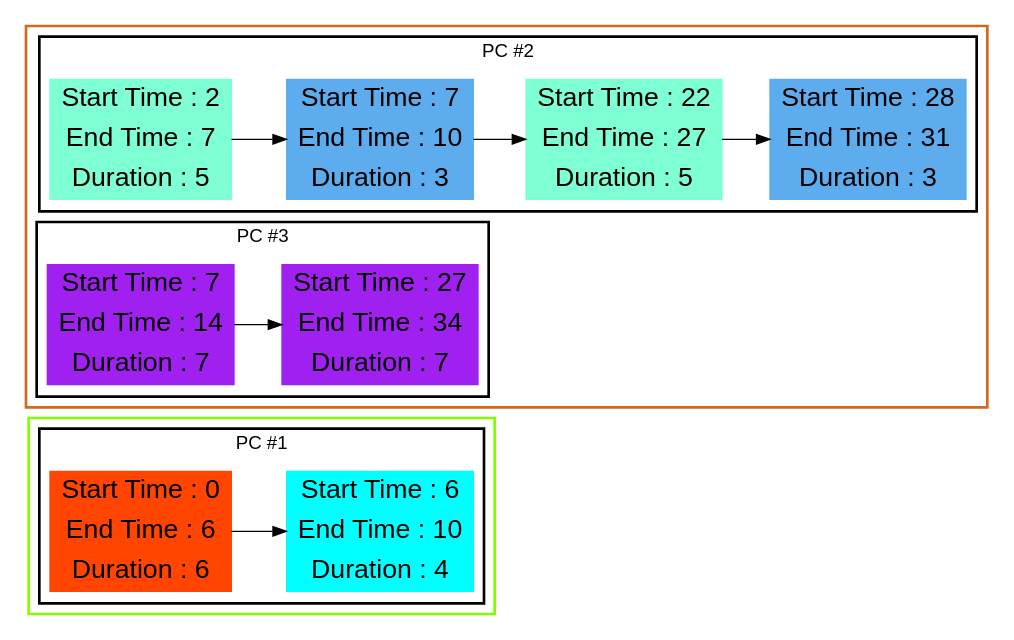
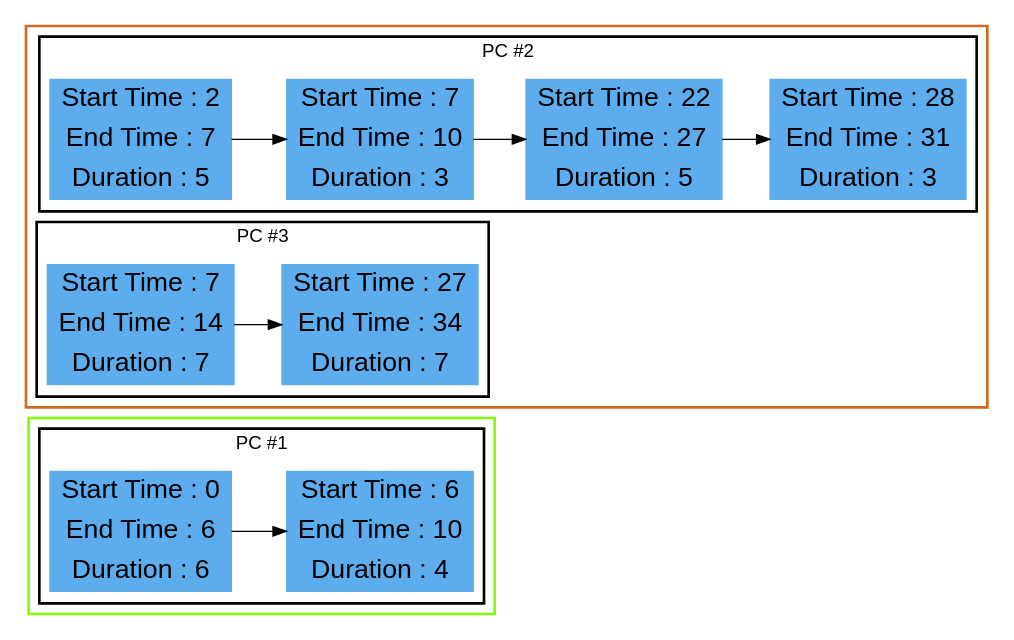
One commit to CatherineFish/CoScheduling changed the diagram in InitialTests/Outputs/1_xml.dot. Above: the diagram before and after it, drawn with Graphviz. The commit also changed 6 other files, not shown here.

```diff
--- a/InitialTests/Outputs/1_xml.dot
+++ b/InitialTests/Outputs/1_xml.dot
@@ -1,151 +1,151 @@
 digraph G {
 
 fontname="Helvetica,Arial,sans-serif"
 node [fontname="Helvetica,Arial,sans-serif"]
 edge [fontname="Helvetica,Arial,sans-serif"]
 graph [rankdir = "LR"];
 node [fontsize = "20" shape = "ellipse"];
 
     subgraph cluster_Mod_0{
         color =chartreuse
         style = bold
         subgraph cluster_0{
            node [style=filled]
            color = black
 
 
             "node5" [
                label = "Start Time : 0 | End Time : 6 | Duration : 6"
                shape = "record"
-               color = orangered1
+               color = steelblue2
             ]
 
             "node2" [
                label = "Start Time : 6 | End Time : 10 | Duration : 4"
                shape = "record"
-               color = aqua
+               color = steelblue2
             ]
 
             node5 -> node2
 
             label = "PC #1"
 
         }
     }
     subgraph cluster_Mod_1{
         color =chocolate
         style = bold
         subgraph cluster_1{
            node [style=filled]
            color = black
 
 
             "node3" [
                label = "Start Time : 2 | End Time : 7 | Duration : 5"
                shape = "record"
-               color = aquamarine
+               color = steelblue2
             ]
 
             "node0" [
                label = "Start Time : 7 | End Time : 10 | Duration : 3"
                shape = "record"
                color = steelblue2
             ]
 
             "node4" [
                label = "Start Time : 22 | End Time : 27 | Duration : 5"
                shape = "record"
-               color = aquamarine
+               color = steelblue2
             ]
 
             "node1" [
                label = "Start Time : 28 | End Time : 31 | Duration : 3"
                shape = "record"
                color = steelblue2
             ]
 
             node3 -> node0 -> node4 -> node1
 
             label = "PC #2"
 
         }
         subgraph cluster_2{
            node [style=filled]
            color = black
 
 
             "node6" [
                label = "Start Time : 7 | End Time : 14 | Duration : 7"
                shape = "record"
-               color = x11purple
+               color = steelblue2
             ]
 
             "node7" [
                label = "Start Time : 27 | End Time : 34 | Duration : 7"
                shape = "record"
-               color = x11purple
+               color = steelblue2
             ]
 
             node6 -> node7
 
             label = "PC #3"
 
         }
     }
     subgraph cluster_Mod_3{
         color =coral
         style = bold
         subgraph cluster_3{
            node [style=filled]
            color = black
 
 
             
 
             label = "PC #4"
 
         }
     }
     subgraph cluster_Mod_4{
         color =cornflower
         style = bold
         subgraph cluster_4{
            node [style=filled]
            color = black
 
 
             
 
             label = "PC #5"
 
         }
     }
     subgraph cluster_Mod_5{
         color =crimson
         style = bold
         subgraph cluster_5{
            node [style=filled]
            color = black
 
 
             
 
             label = "PC #6"
 
         }
         subgraph cluster_6{
            node [style=filled]
            color = black
 
 
             
 
             label = "PC #7"
 
         }
     }
 
 
 
 
 }
```
